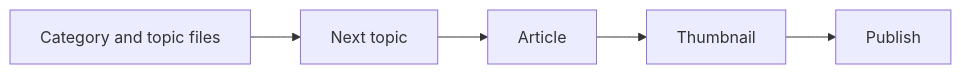
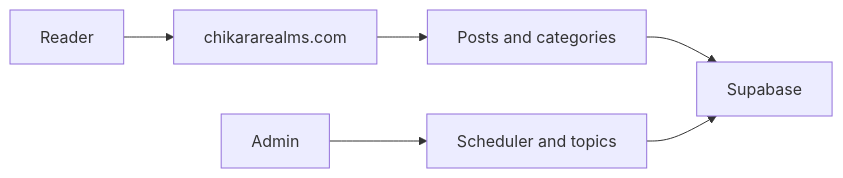
The diagram in documentation/apps/chikara/HOW_IT_WORKS.md (StaticxViper/cjm-dev), drawn with Mermaid before and after one commit. The commit also changed other lines of this file and 31 other files, not shown here.

````diff
--- a/documentation/apps/chikara/HOW_IT_WORKS.md
+++ b/documentation/apps/chikara/HOW_IT_WORKS.md
@@ -11,7 +11,8 @@
 ```mermaid
 flowchart LR
-  cats["Category and topic files"] --> topic["Next topic"]
-  topic --> article["Article"]
-  article --> image["Thumbnail"]
-  image --> post["Publish"]
+  reader["Reader"] --> site["chikararealms.com"]
+  site --> content["Posts and categories"]
+  admin["Admin"] --> scheduler["Scheduler and topics"]
+  content --> data["Supabase"]
+  scheduler --> data
 ```
````
